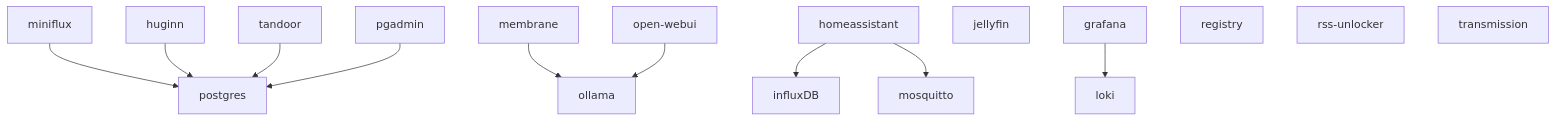
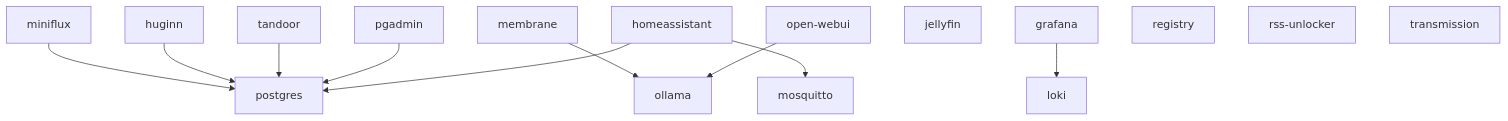
Before and after one commit to campfireman/home-lab: the diagram in README.md, drawn with Mermaid. The commit also changed 12 other files, not shown here.

````diff
--- a/README.md
+++ b/README.md
@@ -27,16 +27,16 @@
 ```mermaid
 flowchart TD
     miniflux --> postgres
     huginn --> postgres
     tandoor --> postgres
     pgadmin --> postgres
     membrane --> ollama
     open-webui --> ollama
-    homeassistant --> influxDB
+    homeassistant --> postgres
     homeassistant --> mosquitto
     jellyfin
     grafana --> loki
     registry
     rss-unlocker
     transmission
 ```
````
